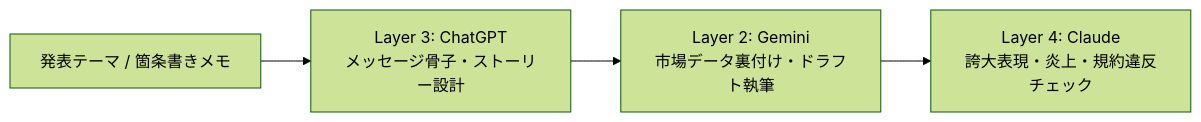
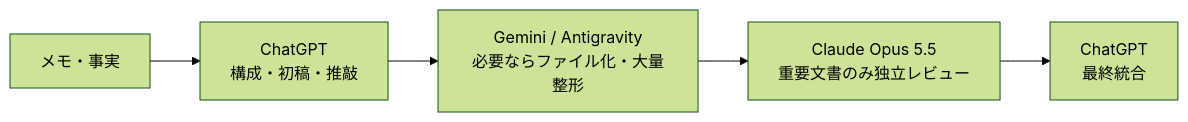
One commit to moruku36/multi-ai-workflow changed the diagram in docs/cookbook/03-press-release.md. Above: the diagram before and after it, drawn with Mermaid (forest theme). The commit also changed other lines of this file, not shown here.

````diff
--- a/docs/cookbook/03-press-release.md
+++ b/docs/cookbook/03-press-release.md
@@ -9,6 +9,7 @@
 ```mermaid
 flowchart LR
-    A[発表テーマ / 箇条書きメモ] --> B[Layer 3: ChatGPT<br>メッセージ骨子・ストーリー設計]
-    B --> C[Layer 2: Gemini<br>市場データ裏付け・ドラフト執筆]
-    C --> D[Layer 4: Claude<br>誇大表現・炎上・規約違反チェック]
+    A[メモ・事実] --> B[ChatGPT<br/>構成・初稿・推敲]
+    B --> C[Gemini / Antigravity<br/>必要ならファイル化・大量整形]
+    C --> D[Claude Opus 5.5<br/>重要文書のみ独立レビュー]
+    D --> E[ChatGPT<br/>最終統合]
 ```
````
